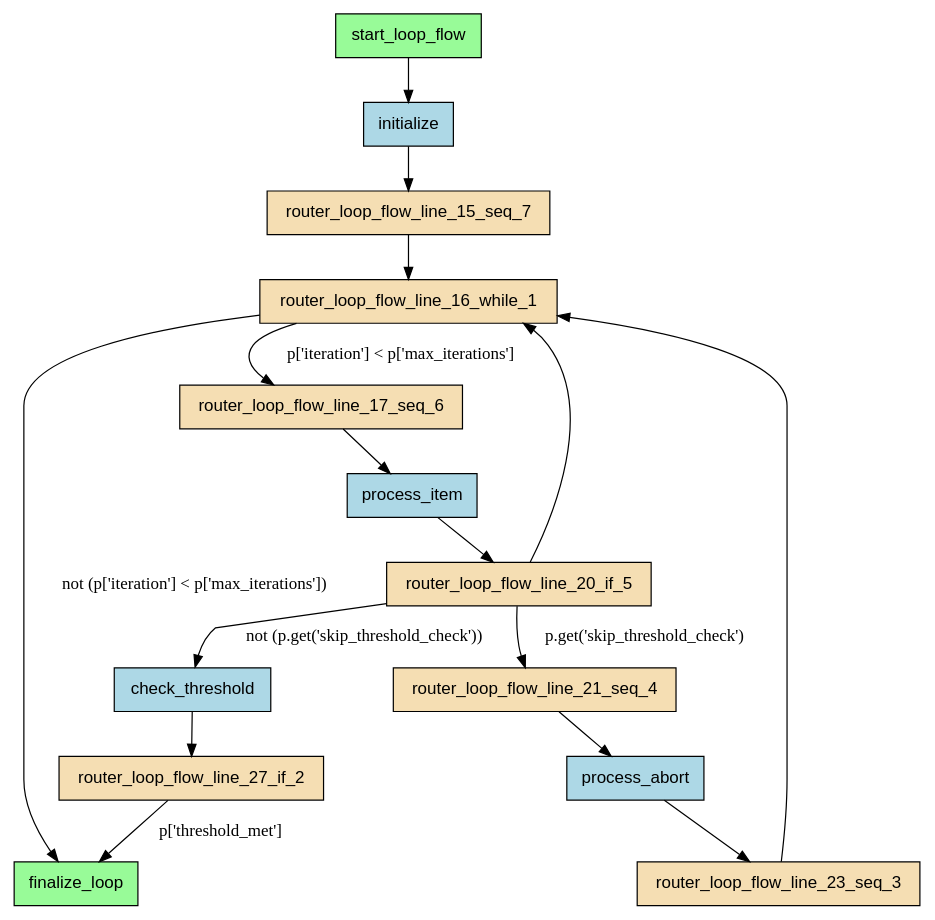
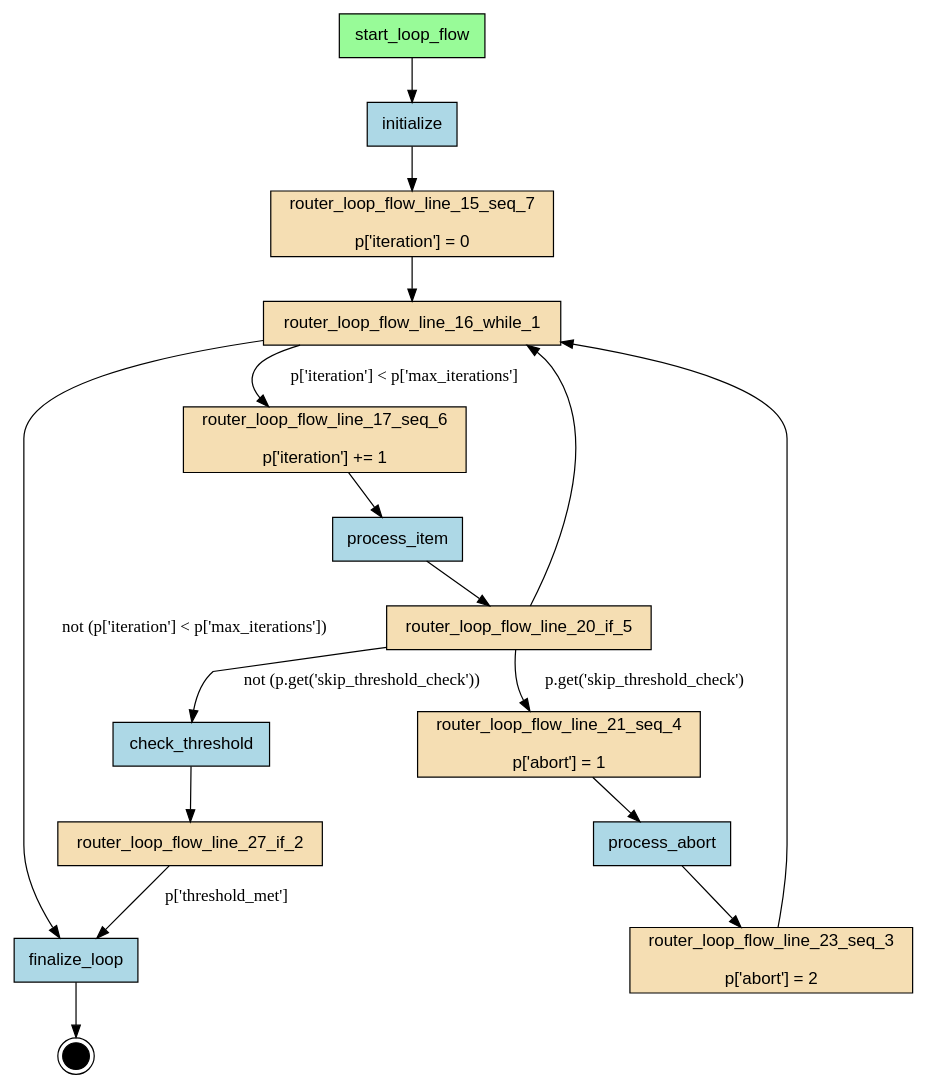
One commit to deliveryhero/asya changed the diagram in examples/flows/compiled/while_loop_processing/flow.dot. Above: the diagram before and after it, drawn with Graphviz. The commit also changed 335 other files, not shown here.

First line of the commit message:
chore: regenerate all compiled flow artifacts

```diff
--- a/examples/flows/compiled/while_loop_processing/flow.dot
+++ b/examples/flows/compiled/while_loop_processing/flow.dot
@@ -1,34 +1,39 @@
-digraph "loop_flow" {
+digraph "while_loop_processing" {
     rankdir=TB;
     node [shape=box, style=filled, fontname="Helvetica"];
 
+    { rank=source; start_loop_flow; }
+
     check_threshold [label="check_threshold", fillcolor=lightblue];
-    finalize_loop [label="finalize_loop", fillcolor=palegreen];
+    finalize_loop [label="finalize_loop", fillcolor=lightblue];
     initialize [label="initialize", fillcolor=lightblue];
     process_abort [label="process_abort", fillcolor=lightblue];
     process_item [label="process_item", fillcolor=lightblue];
-    router_loop_flow_line_15_seq_7 [label="router_loop_flow_line_15_seq_7", fillcolor=wheat];
+    router_loop_flow_line_15_seq_7 [label="router_loop_flow_line_15_seq_7\n\np['iteration'] = 0", fillcolor=wheat];
     router_loop_flow_line_16_while_1 [label="router_loop_flow_line_16_while_1", fillcolor=wheat];
-    router_loop_flow_line_17_seq_6 [label="router_loop_flow_line_17_seq_6", fillcolor=wheat];
+    router_loop_flow_line_17_seq_6 [label="router_loop_flow_line_17_seq_6\n\np['iteration'] += 1", fillcolor=wheat];
     router_loop_flow_line_20_if_5 [label="router_loop_flow_line_20_if_5", fillcolor=wheat];
-    router_loop_flow_line_21_seq_4 [label="router_loop_flow_line_21_seq_4", fillcolor=wheat];
-    router_loop_flow_line_23_seq_3 [label="router_loop_flow_line_23_seq_3", fillcolor=wheat];
+    router_loop_flow_line_21_seq_4 [label="router_loop_flow_line_21_seq_4\n\np['abort'] = 1", fillcolor=wheat];
+    router_loop_flow_line_23_seq_3 [label="router_loop_flow_line_23_seq_3\n\np['abort'] = 2", fillcolor=wheat];
     router_loop_flow_line_27_if_2 [label="router_loop_flow_line_27_if_2", fillcolor=wheat];
     start_loop_flow [label="start_loop_flow", fillcolor=palegreen];
+
+    __end__ [label="", shape=doublecircle, fillcolor=black, width=0.3, fixedsize=true];
 
     start_loop_flow -> initialize;
     initialize -> router_loop_flow_line_15_seq_7;
     router_loop_flow_line_27_if_2 -> finalize_loop [label="p['threshold_met']"];
     router_loop_flow_line_23_seq_3 -> router_loop_flow_line_16_while_1;
     router_loop_flow_line_21_seq_4 -> process_abort;
     process_abort -> router_loop_flow_line_23_seq_3;
     router_loop_flow_line_20_if_5 -> router_loop_flow_line_21_seq_4 [label="p.get('skip_threshold_check')"];
     router_loop_flow_line_20_if_5 -> check_threshold [label="not (p.get('skip_threshold_check'))"];
     check_threshold -> router_loop_flow_line_27_if_2;
     router_loop_flow_line_17_seq_6 -> process_item;
     process_item -> router_loop_flow_line_20_if_5;
     router_loop_flow_line_16_while_1 -> router_loop_flow_line_17_seq_6 [label="p['iteration'] < p['max_iterations']"];
     router_loop_flow_line_16_while_1 -> finalize_loop [label="not (p['iteration'] < p['max_iterations'])"];
     router_loop_flow_line_15_seq_7 -> router_loop_flow_line_16_while_1;
     router_loop_flow_line_20_if_5 -> router_loop_flow_line_16_while_1;
+    finalize_loop -> __end__;
 }
```
